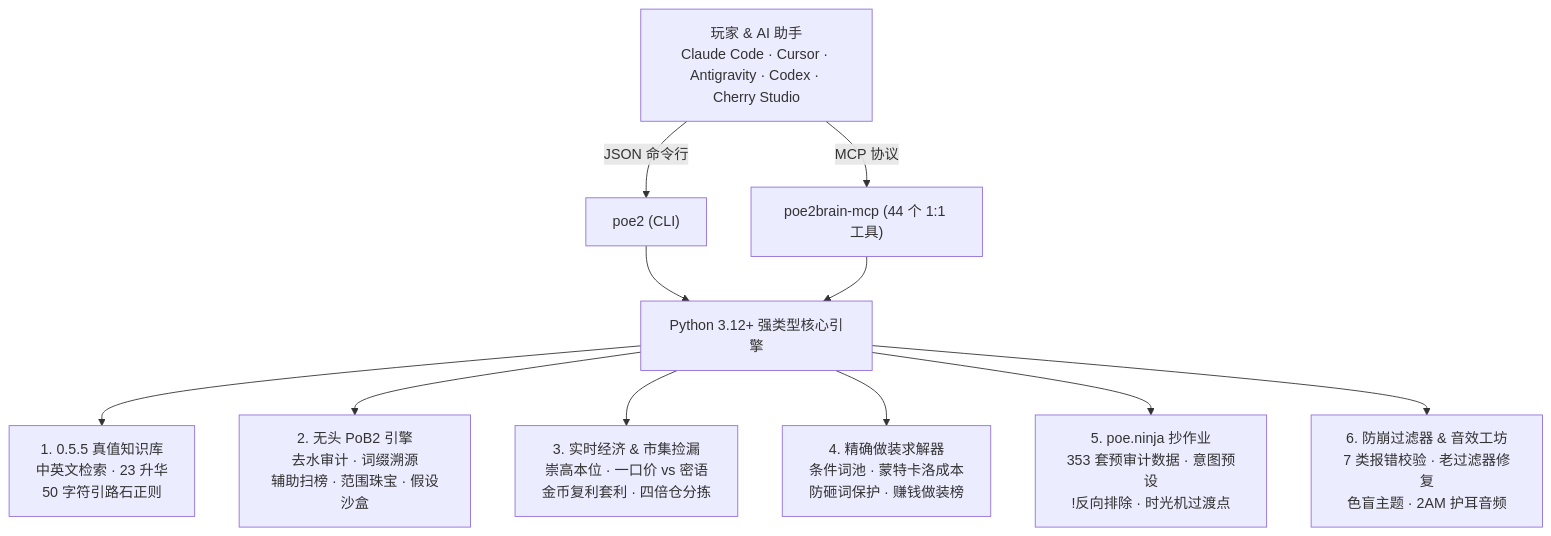
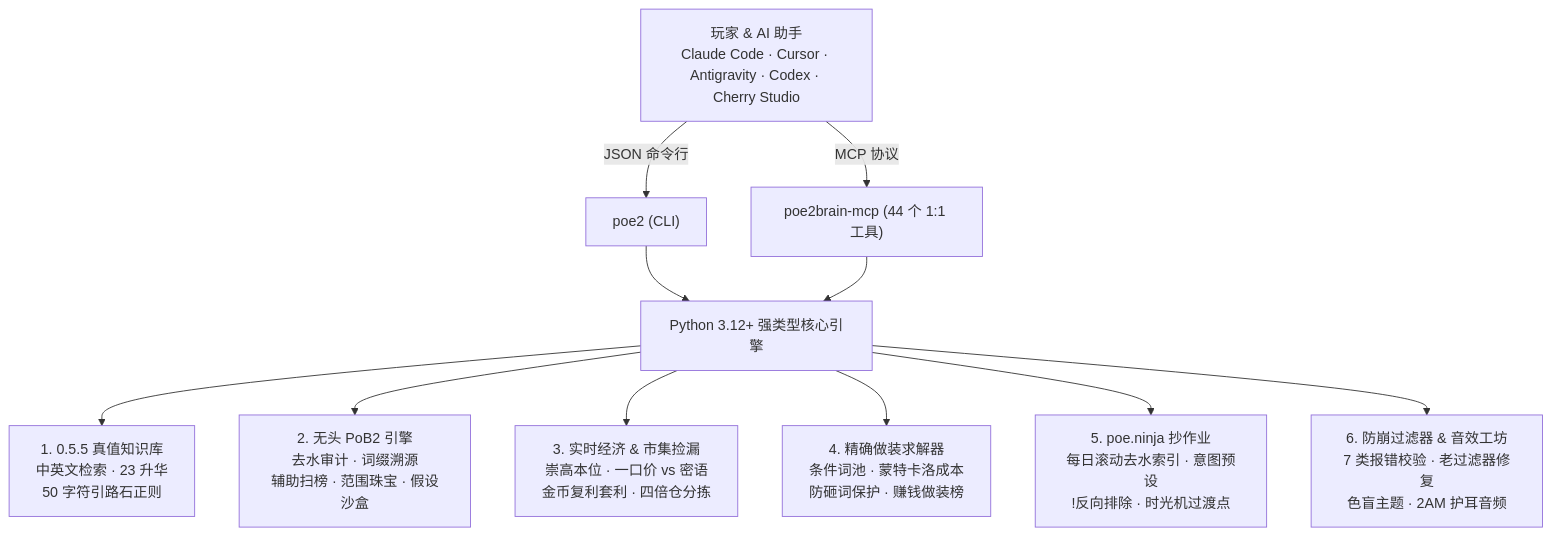
Before and after one commit to lifan-builds/poe2brain: the diagram in README_ZH.md, drawn with Mermaid. The commit also changed other lines of this file and 22 other files, not shown here.

````diff
--- a/README_ZH.md
+++ b/README_ZH.md
@@ -97,15 +97,15 @@
 ```mermaid
 flowchart TB
     A["玩家 & AI 助手<br/>Claude Code · Cursor · Antigravity · Codex · Cherry Studio"]
     A -->|JSON 命令行| CLI["poe2 (CLI)"]
     A -->|MCP 协议| MCP["poe2brain-mcp (44 个 1:1 工具)"]
     CLI --> CORE["Python 3.12+ 强类型核心引擎"]
     MCP --> CORE
 
     CORE --> P1["1. 0.5.5 真值知识库<br/>中英文检索 · 23 升华<br/>50 字符引路石正则"]
     CORE --> P2["2. 无头 PoB2 引擎<br/>去水审计 · 词缀溯源<br/>辅助扫榜 · 范围珠宝 · 假设沙盒"]
     CORE --> P3["3. 实时经济 & 市集捡漏<br/>崇高本位 · 一口价 vs 密语<br/>金币复利套利 · 四倍仓分拣"]
     CORE --> P4["4. 精确做装求解器<br/>条件词池 · 蒙特卡洛成本<br/>防砸词保护 · 赚钱做装榜"]
-    CORE --> P5["5. poe.ninja 抄作业<br/>353 套预审计数据 · 意图预设<br/>!反向排除 · 时光机过渡点"]
+    CORE --> P5["5. poe.ninja 抄作业<br/>每日滚动去水索引 · 意图预设<br/>!反向排除 · 时光机过渡点"]
     CORE --> P6["6. 防崩过滤器 & 音效工坊<br/>7 类报错校验 · 老过滤器修复<br/>色盲主题 · 2AM 护耳音频"]
 ```
````
